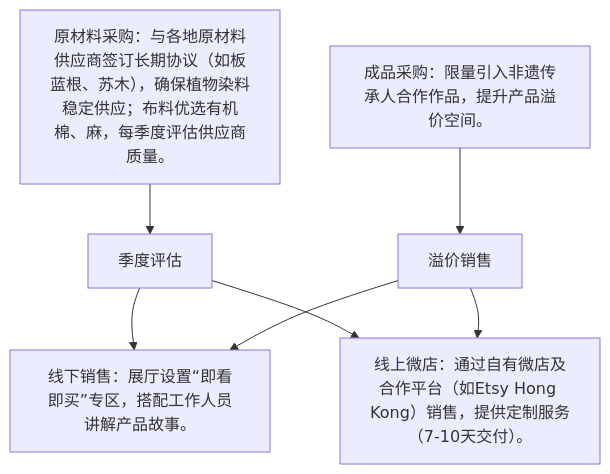
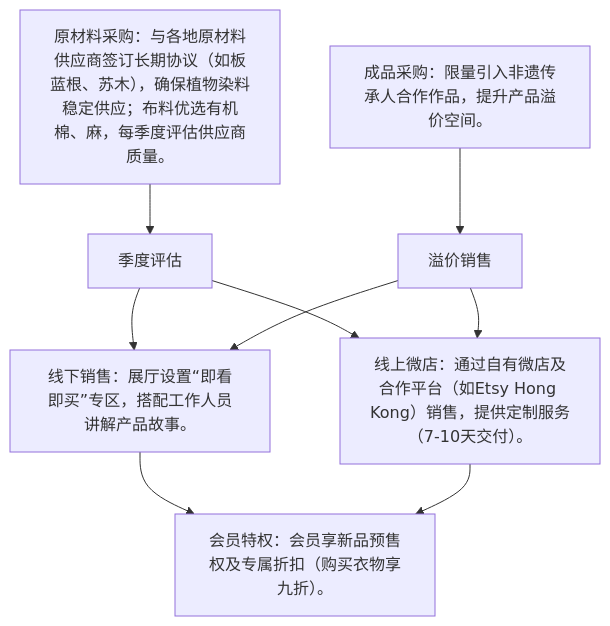
Before and after one commit to NaturalRice/git-demo: the third of 8 diagrams in README.md, drawn with Mermaid.

````diff
--- a/README.md
+++ b/README.md
@@ -29,9 +29,11 @@
 ```mermaid
 flowchart TD
     A[原材料采购：与各地原材料供应商签订长期协议（如板蓝根、苏木），确保植物染料稳定供应；布料优选有机棉、麻，每季度评估供应商质量。] --> B[季度评估]
     C[成品采购：限量引入非遗传承人合作作品，提升产品溢价空间。] --> D[溢价销售]
     B --> E[线下销售：展厅设置“即看即买”专区，搭配工作人员讲解产品故事。]
     B --> F[线上微店：通过自有微店及合作平台（如Etsy Hong Kong）销售，提供定制服务（7-10天交付）。]
     D --> E
     D --> F
+    E --> G[会员特权：会员享新品预售权及专属折扣（购买衣物享九折）。]
+    F --> G
 ```
````
